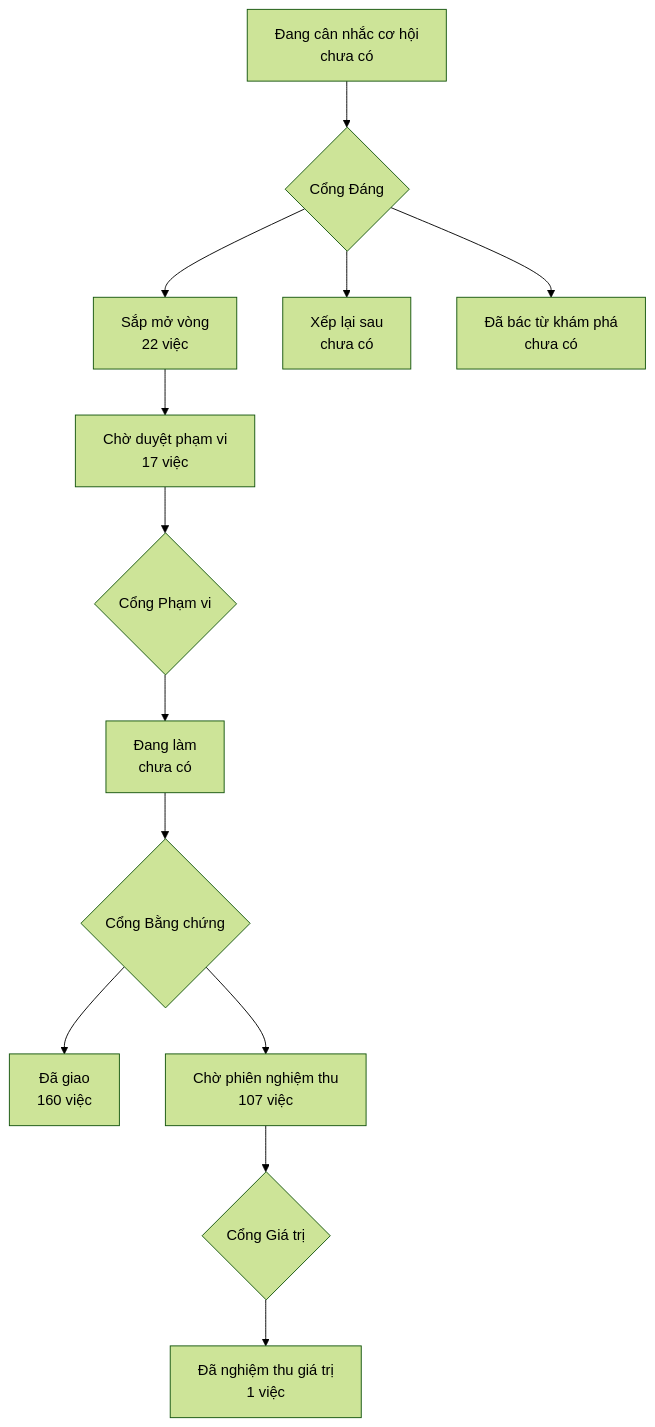
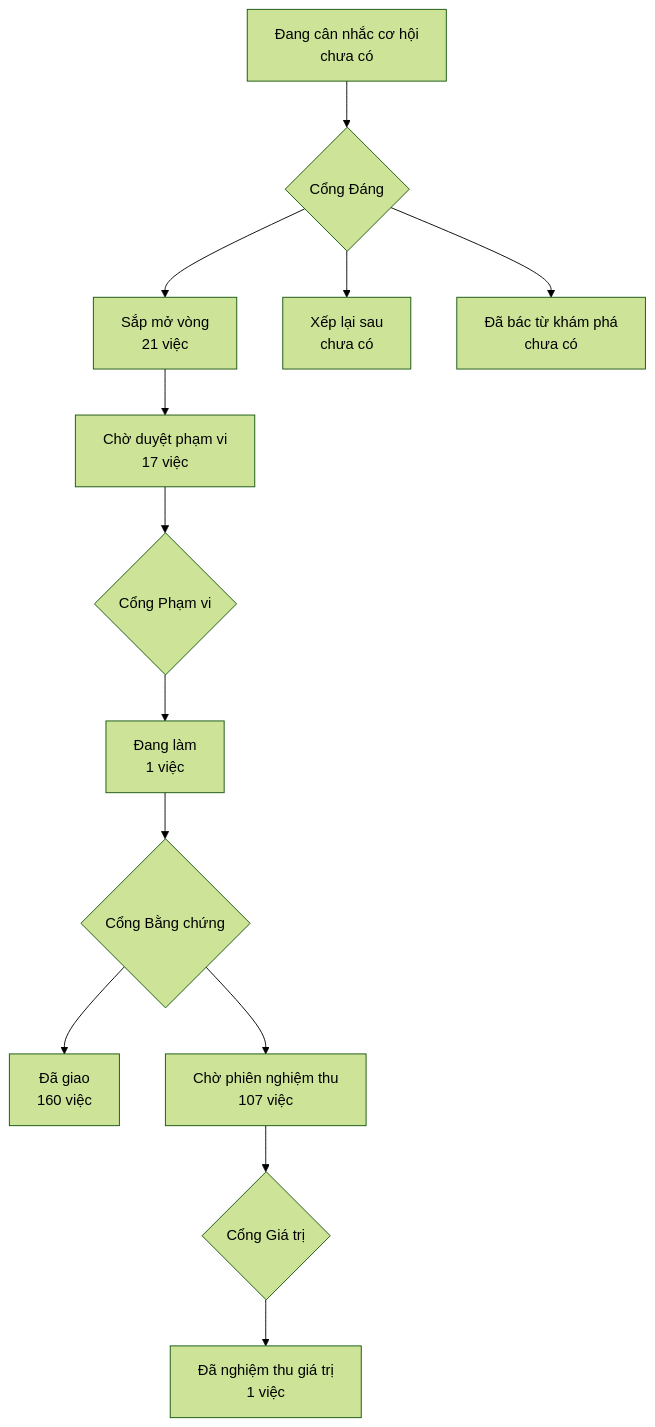
Before and after one commit to phanlemanh/onehub-invest: the diagram in PRODUCT-MAP.md, drawn with Mermaid (forest theme). The commit also changed other lines of this file and 3 other files, not shown here.

````diff
--- a/PRODUCT-MAP.md
+++ b/PRODUCT-MAP.md
@@ -7,12 +7,12 @@
 ```mermaid
 flowchart TD
   A["Đang cân nhắc cơ hội<br/>chưa có"] --> GD{"Cổng Đáng"}
-  GD --> B["Sắp mở vòng<br/>22 việc"]
+  GD --> B["Sắp mở vòng<br/>21 việc"]
   GD --> XL["Xếp lại sau<br/>chưa có"]
   GD --> DB["Đã bác từ khám phá<br/>chưa có"]
   B --> CD["Chờ duyệt phạm vi<br/>17 việc"] --> GP{"Cổng Phạm vi"}
-  GP --> DL["Đang làm<br/>chưa có"] --> GB{"Cổng Bằng chứng"}
+  GP --> DL["Đang làm<br/>1 việc"] --> GB{"Cổng Bằng chứng"}
   GB --> DG["Đã giao<br/>160 việc"]
   GB --> CN["Chờ phiên nghiệm thu<br/>107 việc"] --> GG{"Cổng Giá trị"}
   GG --> NT["Đã nghiệm thu giá trị<br/>1 việc"]
 ```
````
